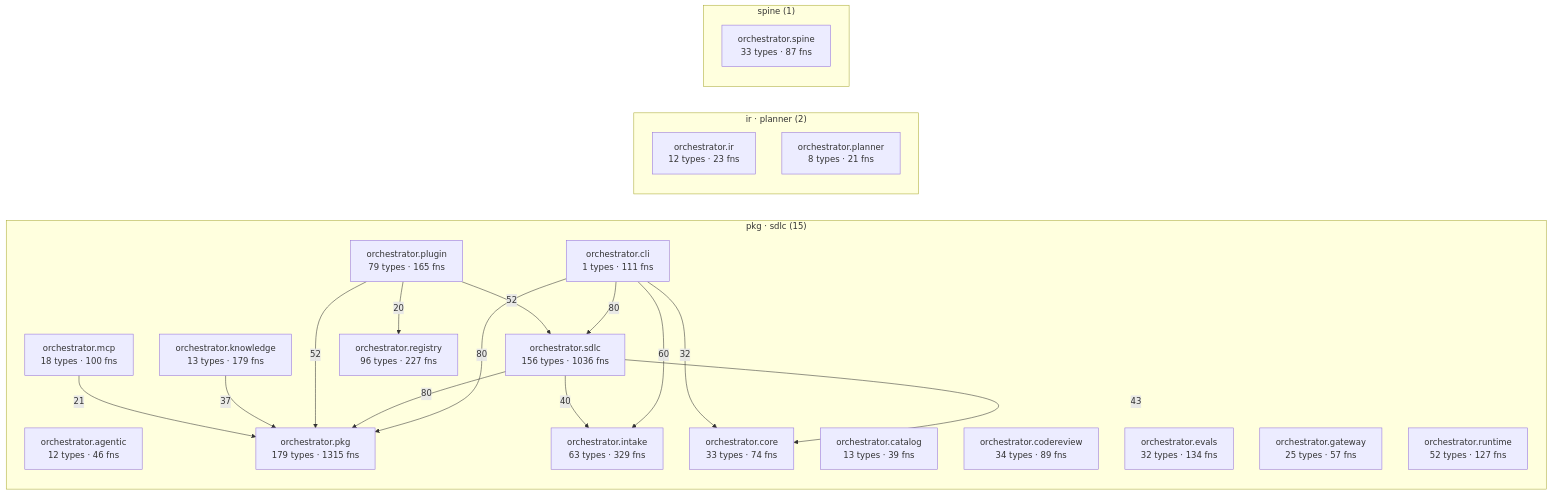
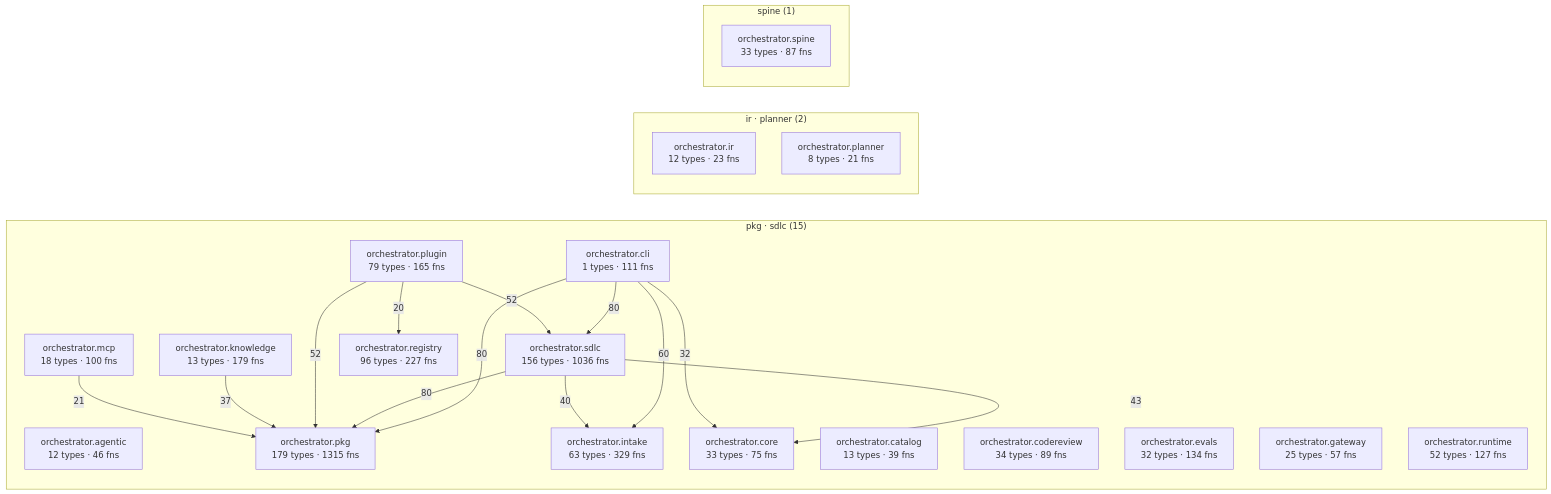
One commit to synaptixs/spine changed the diagram in episteme/architecture.md. Above: the diagram before and after it, drawn with Mermaid. The commit also changed other lines of this file and 8 other files, not shown here.

````diff
--- a/episteme/architecture.md
+++ b/episteme/architecture.md
@@ -56,39 +56,39 @@
 ```mermaid
 flowchart LR
   subgraph c_2["pkg · sdlc (15)"]
     aorchestratoragentic["orchestrator.agentic<br/>12 types · 46 fns"]
     aorchestratorcatalog["orchestrator.catalog<br/>13 types · 39 fns"]
     aorchestratorcli["orchestrator.cli<br/>1 types · 111 fns"]
     aorchestratorcodereview["orchestrator.codereview<br/>34 types · 89 fns"]
-    aorchestratorcore["orchestrator.core<br/>33 types · 74 fns"]
+    aorchestratorcore["orchestrator.core<br/>33 types · 75 fns"]
     aorchestratorevals["orchestrator.evals<br/>32 types · 134 fns"]
     aorchestratorgateway["orchestrator.gateway<br/>25 types · 57 fns"]
     aorchestratorintake["orchestrator.intake<br/>63 types · 329 fns"]
     aorchestratorknowledge["orchestrator.knowledge<br/>13 types · 179 fns"]
     aorchestratormcp["orchestrator.mcp<br/>18 types · 100 fns"]
     aorchestratorpkg["orchestrator.pkg<br/>179 types · 1315 fns"]
     aorchestratorplugin["orchestrator.plugin<br/>79 types · 165 fns"]
     aorchestratorregistry["orchestrator.registry<br/>96 types · 227 fns"]
     aorchestratorruntime["orchestrator.runtime<br/>52 types · 127 fns"]
     aorchestratorsdlc["orchestrator.sdlc<br/>156 types · 1036 fns"]
   end
   subgraph c_5["ir · planner (2)"]
     aorchestratorir["orchestrator.ir<br/>12 types · 23 fns"]
     aorchestratorplanner["orchestrator.planner<br/>8 types · 21 fns"]
   end
   subgraph c_10["spine (1)"]
     aorchestratorspine["orchestrator.spine<br/>33 types · 87 fns"]
   end
   aorchestratorcli -->|80| aorchestratorpkg
   aorchestratorcli -->|80| aorchestratorsdlc
   aorchestratorsdlc -->|80| aorchestratorpkg
   aorchestratorcli -->|60| aorchestratorintake
   aorchestratorplugin -->|52| aorchestratorpkg
   aorchestratorplugin -->|52| aorchestratorsdlc
   aorchestratorsdlc -->|43| aorchestratorcore
   aorchestratorsdlc -->|40| aorchestratorintake
   aorchestratorknowledge -->|37| aorchestratorpkg
   aorchestratorcli -->|32| aorchestratorcore
   aorchestratormcp -->|21| aorchestratorpkg
   aorchestratorplugin -->|20| aorchestratorregistry
 ```
````
